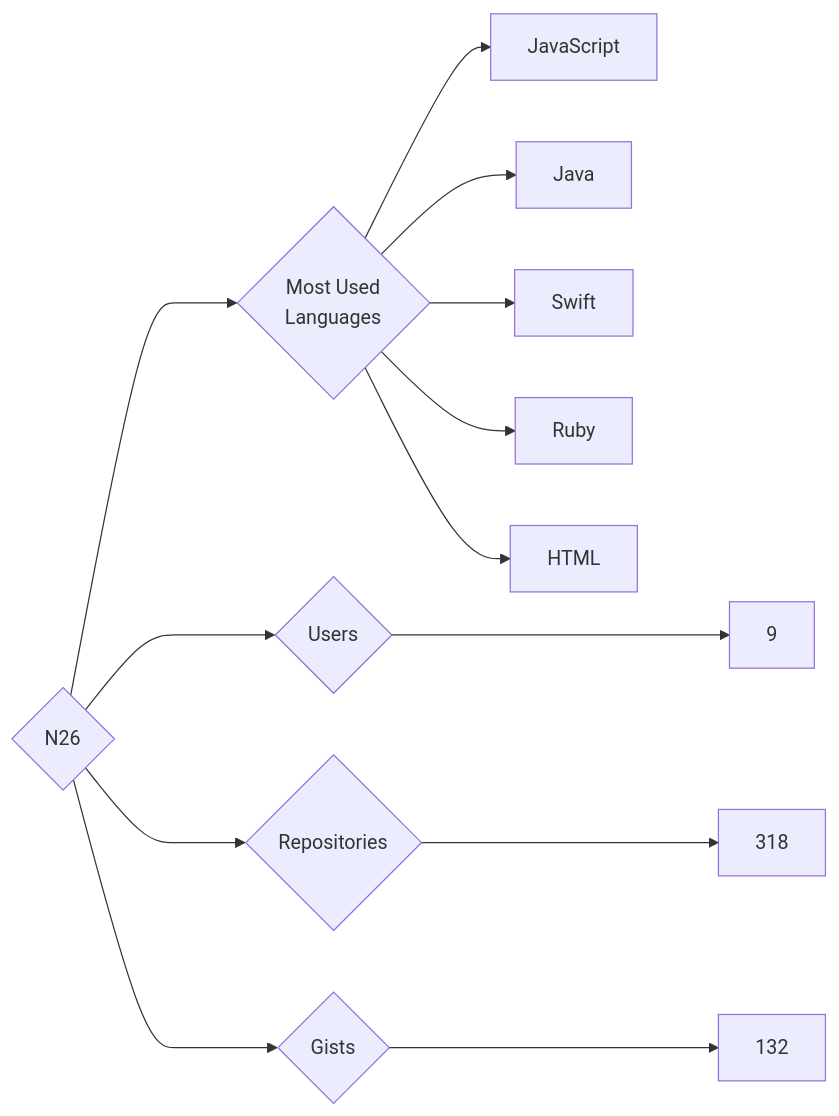
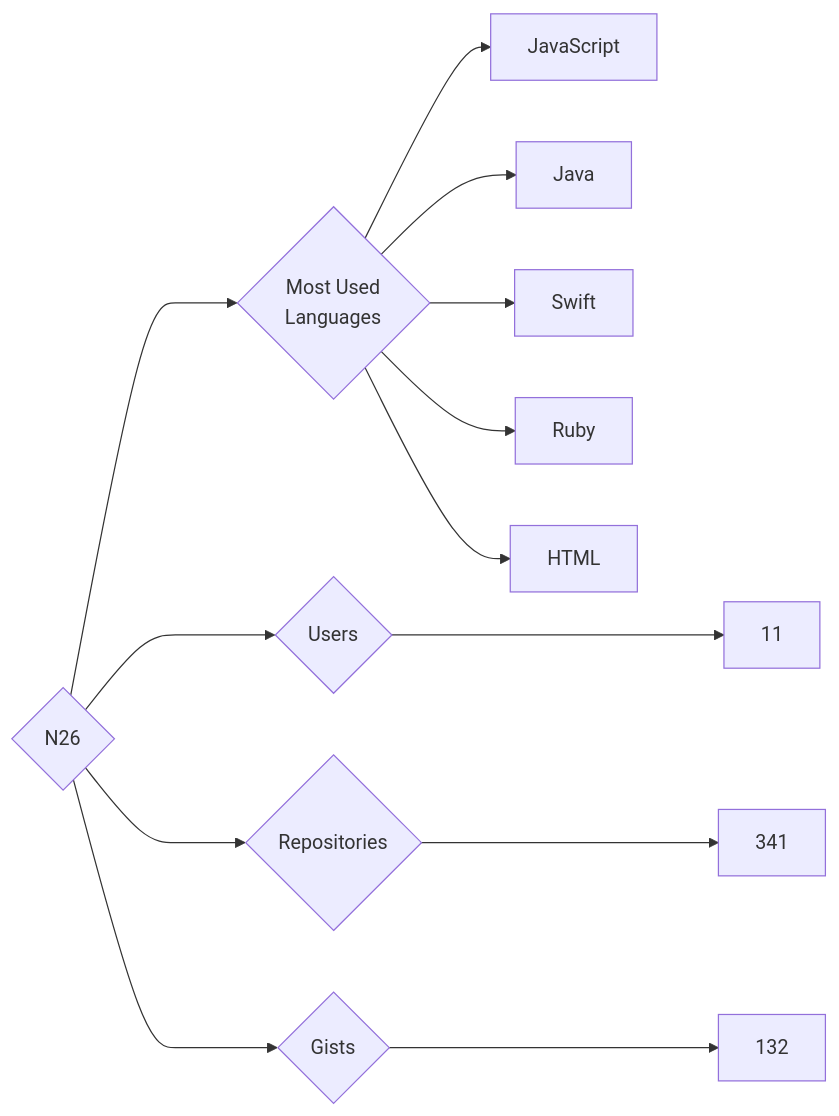
The diagram in targets/N26/README.md (trickest/insiders), drawn with Mermaid before and after one commit. The commit also changed 534 other files, not shown here.

````diff
--- a/targets/N26/README.md
+++ b/targets/N26/README.md
@@ -3,13 +3,13 @@
 ```mermaid
 graph LR
 COMPANY_NAME{N26}
-COMPANY_NAME ---> U{Users} ---> UN[9]
-COMPANY_NAME ---> R{Repositories} ---> RN[318]
+COMPANY_NAME ---> U{Users} ---> UN[11]
+COMPANY_NAME ---> R{Repositories} ---> RN[341]
 COMPANY_NAME ---> G{Gists} ---> GN[132]
 COMPANY_NAME ---> ML{Most Used<br>Languages}
 ML --> JavaScript[JavaScript]
 ML --> Java[Java]
 ML --> Swift[Swift]
 ML --> Ruby[Ruby]
 ML --> HTML[HTML]
 ```
````
